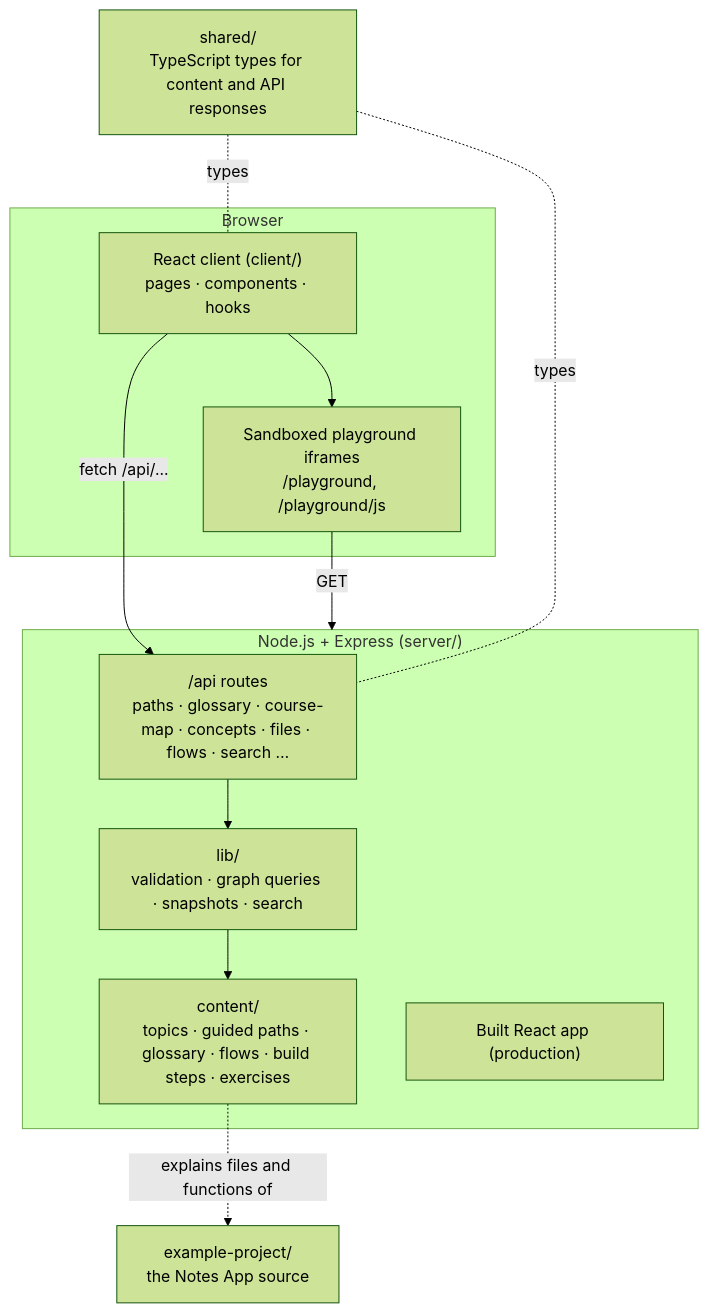
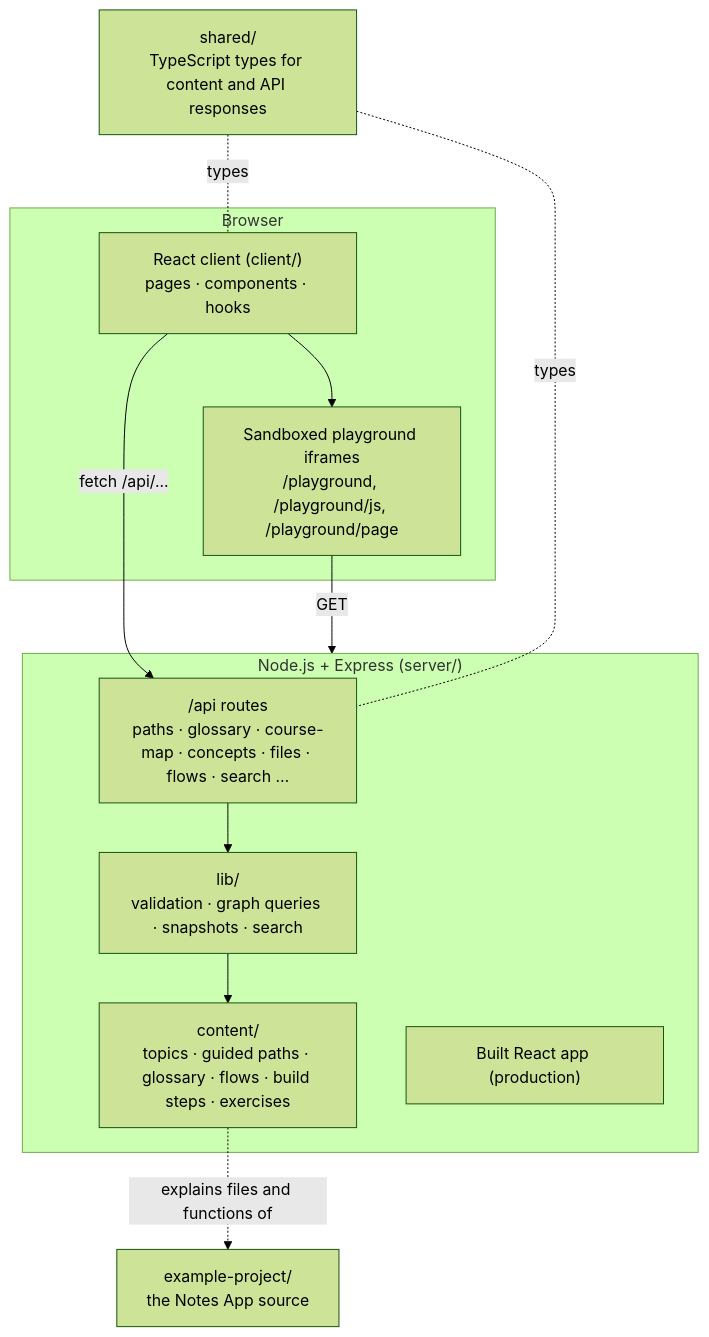
Before and after one commit to kushal721/fullstack-learning: the diagram in README.md, drawn with Mermaid (forest theme). The commit also changed other lines of this file and 18 other files, not shown here.

First line of the commit message:
feat(learn): page playground and your-turn exercises for HTML, CSS and the DOM (#436) (#470)

````diff
--- a/README.md
+++ b/README.md
@@ -176,23 +184,23 @@
 ```mermaid
 flowchart TB
   subgraph Browser
     UI["React client (client/)<br/>pages · components · hooks"]
-    PG["Sandboxed playground iframes<br/>/playground, /playground/js"]
+    PG["Sandboxed playground iframes<br/>/playground, /playground/js, /playground/page"]
   end
   subgraph Server["Node.js + Express (server/)"]
     API["/api routes<br/>paths · glossary · course-map · concepts · files · flows · search …"]
     LIB["lib/<br/>validation · graph queries · snapshots · search"]
     CONTENT["content/<br/>topics · guided paths · glossary · flows · build steps · exercises"]
     STATIC["Built React app (production)"]
   end
   SHARED["shared/<br/>TypeScript types for content and API responses"]
   NOTES["example-project/<br/>the Notes App source"]
 
   UI -- "fetch /api/..." --> API
   UI --> PG
   PG -- "GET" --> Server
   API --> LIB --> CONTENT
   CONTENT -. "explains files and functions of" .-> NOTES
   SHARED -. "types" .- UI
   SHARED -. "types" .- API
 ```
````
